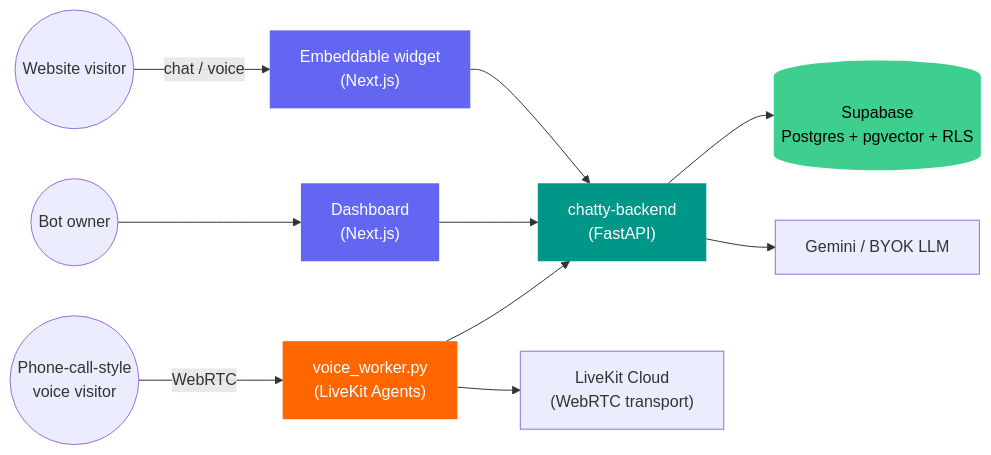
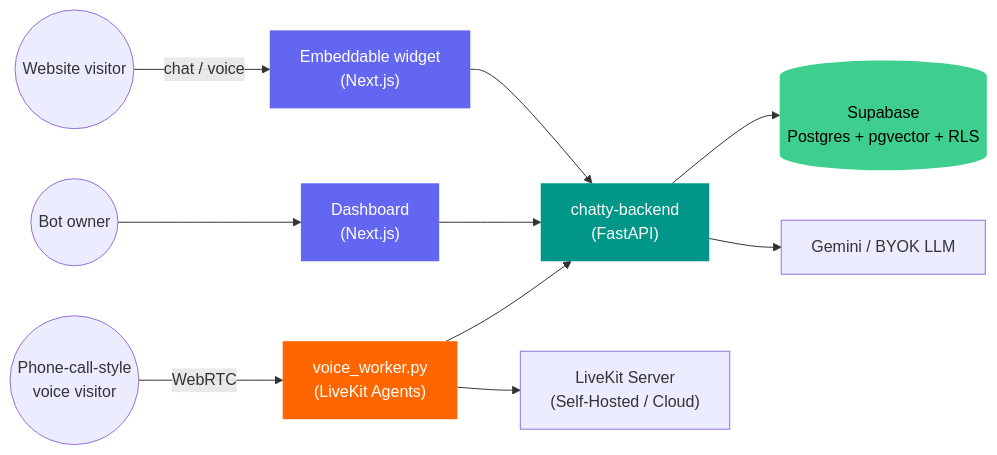
Before and after one commit to PersonaliAI/chatty: the diagram in README.md, drawn with Mermaid. The commit also changed other lines of this file, not shown here.

Commit message:
docs: update README structure, remove future roadmap, reflect self-hosted voice agent

````diff
--- a/README.md
+++ b/README.md
@@ -51,18 +51,18 @@
 ```mermaid
 flowchart LR
     visitor(("Website visitor")) -->|chat / voice| widget["Embeddable widget\n(Next.js)"]
     owner(("Bot owner")) --> dashboard["Dashboard\n(Next.js)"]
     widget --> api["chatty-backend\n(FastAPI)"]
     dashboard --> api
     caller(("Phone-call-style\nvoice visitor")) -->|WebRTC| voice["voice_worker.py\n(LiveKit Agents)"]
     voice --> api
     api --> db[("Supabase\nPostgres + pgvector + RLS")]
     api --> llm["Gemini / BYOK LLM"]
-    voice --> livekit["LiveKit Cloud\n(WebRTC transport)"]
+    voice --> livekit["LiveKit Server\n(Self-Hosted / Cloud)"]
 
     style widget fill:#6366f1,color:#fff,stroke:none
     style dashboard fill:#6366f1,color:#fff,stroke:none
     style api fill:#009688,color:#fff,stroke:none
     style voice fill:#ff6600,color:#fff,stroke:none
     style db fill:#3ecf8e,color:#000,stroke:none
 ```
````
